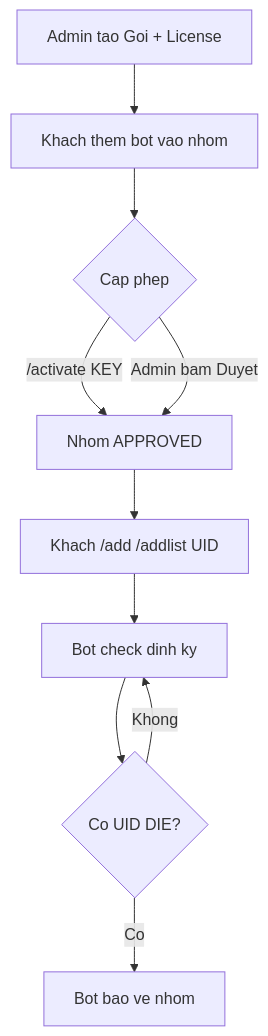
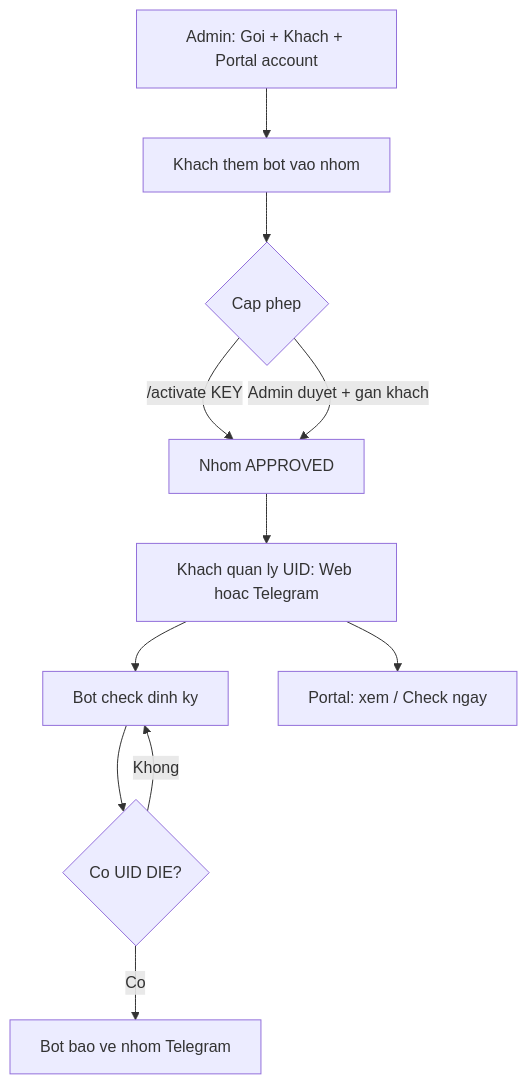
Before and after one commit to votien1235/docs-checklive: the diagram in HUONG-DAN-SU-DUNG.md, drawn with Mermaid. The commit also changed other lines of this file, not shown here.

Commit message:
Enhance usage guide for Checklive Bot; add customer portal section, clarify admin roles, and update service plan management instructions.

````diff
--- a/HUONG-DAN-SU-DUNG.md
+++ b/HUONG-DAN-SU-DUNG.md
@@ -123,12 +247,13 @@
 ```mermaid
 flowchart TD
-  A["Admin tao Goi + License"] --> B["Khach them bot vao nhom"]
+  A["Admin: Goi + Khach + Portal account"] --> B["Khach them bot vao nhom"]
   B --> C{"Cap phep"}
   C -->|"/activate KEY"| D["Nhom APPROVED"]
-  C -->|"Admin bam Duyet"| D
-  D --> E["Khach /add /addlist UID"]
+  C -->|"Admin duyet + gan khach"| D
+  D --> E["Khach quan ly UID: Web hoac Telegram"]
   E --> F["Bot check dinh ky"]
   F --> G{"Co UID DIE?"}
-  G -->|"Co"| H["Bot bao ve nhom"]
+  G -->|"Co"| H["Bot bao ve nhom Telegram"]
   G -->|"Khong"| F
+  E --> I["Portal: xem / Check ngay"]
 ```
````
